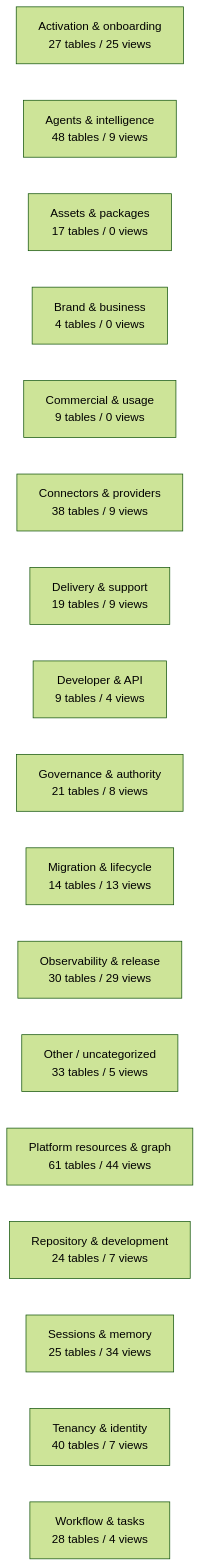
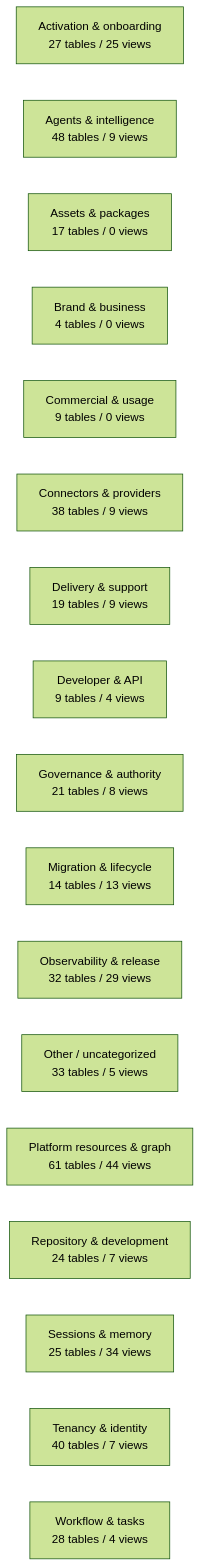
One commit to mad4bdigital-ai/multi-business-multi-role-growth-intelligence-os changed the diagram in docs/work-maps/data-model-domain-map.md. Above: the diagram before and after it, drawn with Mermaid (forest theme). The commit also changed other lines of this file and 5 other files, not shown here.

````diff
--- a/docs/work-maps/data-model-domain-map.md
+++ b/docs/work-maps/data-model-domain-map.md
@@ -9,20 +9,20 @@
 ```mermaid
 flowchart LR
   n_Activation___onboarding["Activation & onboarding<br/>27 tables / 25 views"]
   n_Agents___intelligence["Agents & intelligence<br/>48 tables / 9 views"]
   n_Assets___packages["Assets & packages<br/>17 tables / 0 views"]
   n_Brand___business["Brand & business<br/>4 tables / 0 views"]
   n_Commercial___usage["Commercial & usage<br/>9 tables / 0 views"]
   n_Connectors___providers["Connectors & providers<br/>38 tables / 9 views"]
   n_Delivery___support["Delivery & support<br/>19 tables / 9 views"]
   n_Developer___API["Developer & API<br/>9 tables / 4 views"]
   n_Governance___authority["Governance & authority<br/>21 tables / 8 views"]
   n_Migration___lifecycle["Migration & lifecycle<br/>14 tables / 13 views"]
-  n_Observability___release["Observability & release<br/>30 tables / 29 views"]
+  n_Observability___release["Observability & release<br/>32 tables / 29 views"]
   n_Other___uncategorized["Other / uncategorized<br/>33 tables / 5 views"]
   n_Platform_resources___graph["Platform resources & graph<br/>61 tables / 44 views"]
   n_Repository___development["Repository & development<br/>24 tables / 7 views"]
   n_Sessions___memory["Sessions & memory<br/>25 tables / 34 views"]
   n_Tenancy___identity["Tenancy & identity<br/>40 tables / 7 views"]
   n_Workflow___tasks["Workflow & tasks<br/>28 tables / 4 views"]
 ```
````
